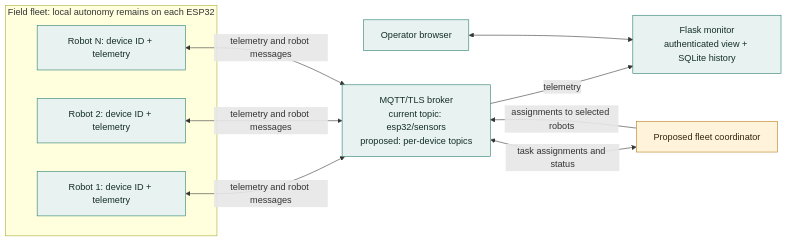
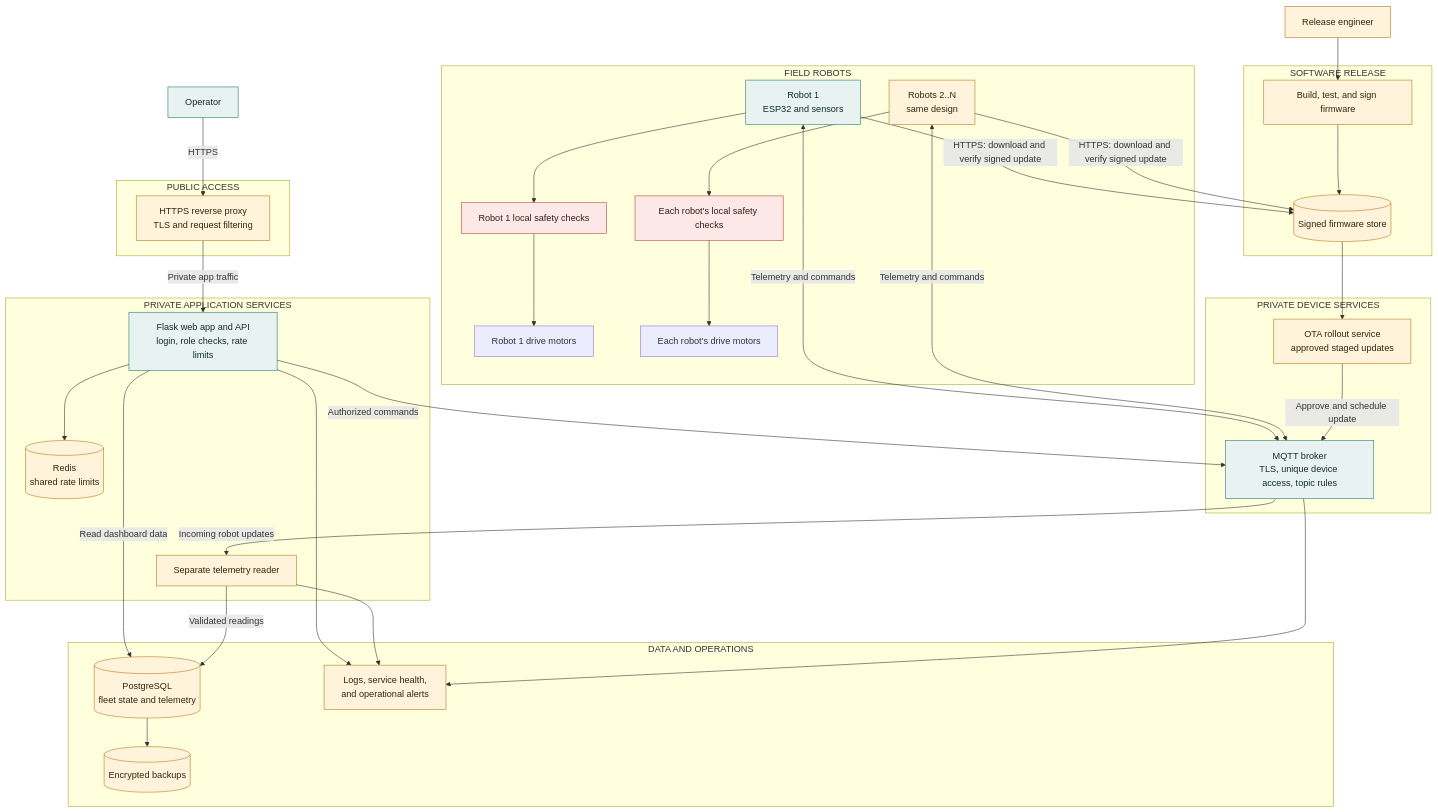
Before and after one commit to amish0/swarm_boat: the seventh of 7 diagrams in docs/project-proposal.md, drawn with Mermaid. The commit also changed other lines of this file, not shown here.

Commit message:
added production type architecture

````diff
--- a/docs/project-proposal.md
+++ b/docs/project-proposal.md
@@ -173,26 +217,67 @@
 ```mermaid
-flowchart LR
-  subgraph Fleet[Field fleet: local autonomy remains on each ESP32]
-    R1[Robot 1: device ID + telemetry]
-    R2[Robot 2: device ID + telemetry]
-    RN[Robot N: device ID + telemetry]
+flowchart TB
+  Operator[Operator] -->|HTTPS| Proxy
+  ReleaseEngineer[Release engineer] --> Build
+
+  subgraph PublicEdge[PUBLIC ACCESS]
+    Proxy[HTTPS reverse proxy<br/>TLS and request filtering]
   end
-  Broker[MQTT/TLS broker<br/>current topic: esp32/sensors<br/>proposed: per-device topics]
-  Monitor[Flask monitor<br/>authenticated view + SQLite history]
-  Coordinator[Proposed fleet coordinator]
-  Operator[Operator browser]
 
-  R1 <-->|telemetry and robot messages| Broker
-  R2 <-->|telemetry and robot messages| Broker
-  RN <-->|telemetry and robot messages| Broker
-  Broker -->|telemetry| Monitor
-  Broker <-->|task assignments and status| Coordinator
-  Operator <--> Monitor
-  Coordinator -->|assignments to selected robots| Broker
+  subgraph AppServices[PRIVATE APPLICATION SERVICES]
+    Web[Flask web app and API<br/>login, role checks, rate limits]
+    Ingest[Separate telemetry reader]
+    Redis[(Redis<br/>shared rate limits)]
+  end
 
-  classDef existing fill:#e8f3f1,stroke:#23796b,color:#142d29
-  classDef planned fill:#fff3dc,stroke:#b87816,color:#34250e
-  classDef data fill:#eef1f6,stroke:#64748b,color:#202938
-  class R1,R2,RN,Broker,Monitor,Operator existing
-  class Coordinator planned
+  subgraph DeviceServices[PRIVATE DEVICE SERVICES]
+    Broker[MQTT broker<br/>TLS, unique device access, topic rules]
+    UpdateService[OTA rollout service<br/>approved staged updates]
+  end
+
+  subgraph DataOps[DATA AND OPERATIONS]
+    Database[(PostgreSQL<br/>fleet state and telemetry)]
+    Backups[(Encrypted backups)]
+    Observability[Logs, service health,<br/>and operational alerts]
+  end
+
+  subgraph ReleasePipeline[SOFTWARE RELEASE]
+    Build[Build, test, and sign firmware]
+    Artifacts[(Signed firmware store)]
+    Build --> Artifacts
+  end
+
+  subgraph Fleet[FIELD ROBOTS]
+    Robot1[Robot 1<br/>ESP32 and sensors]
+    Safety1[Robot 1 local safety checks]
+    Motors1[Robot 1 drive motors]
+    RobotN[Robots 2..N<br/>same design]
+    SafetyN[Each robot's local safety checks]
+    MotorsN[Each robot's drive motors]
+    Robot1 --> Safety1 --> Motors1
+    RobotN --> SafetyN --> MotorsN
+  end
+
+  Proxy -->|Private app traffic| Web
+  Web --> Redis
+  Web -->|Read dashboard data| Database
+  Web -->|Authorized commands| Broker
+  Robot1 <-->|Telemetry and commands| Broker
+  RobotN <-->|Telemetry and commands| Broker
+  Broker -->|Incoming robot updates| Ingest
+  Ingest -->|Validated readings| Database
+  Database --> Backups
+  Web --> Observability
+  Ingest --> Observability
+  Broker --> Observability
+  Artifacts --> UpdateService
+  UpdateService -->|Approve and schedule update| Broker
+  Robot1 -->|HTTPS: download and verify signed update| Artifacts
+  RobotN -->|HTTPS: download and verify signed update| Artifacts
+
+  classDef working fill:#e8f3f1,stroke:#23796b,color:#142d29
+  classDef production fill:#fff3dc,stroke:#b87816,color:#34250e
+  classDef safety fill:#fce9e7,stroke:#b74437,color:#3b1b18
+  class Operator,Robot1,Broker,Web working
+  class Proxy,ReleaseEngineer,Ingest,Redis,UpdateService,Database,Backups,Observability,RobotN,Build,Artifacts production
+  class Safety1,SafetyN safety
 ```
````
